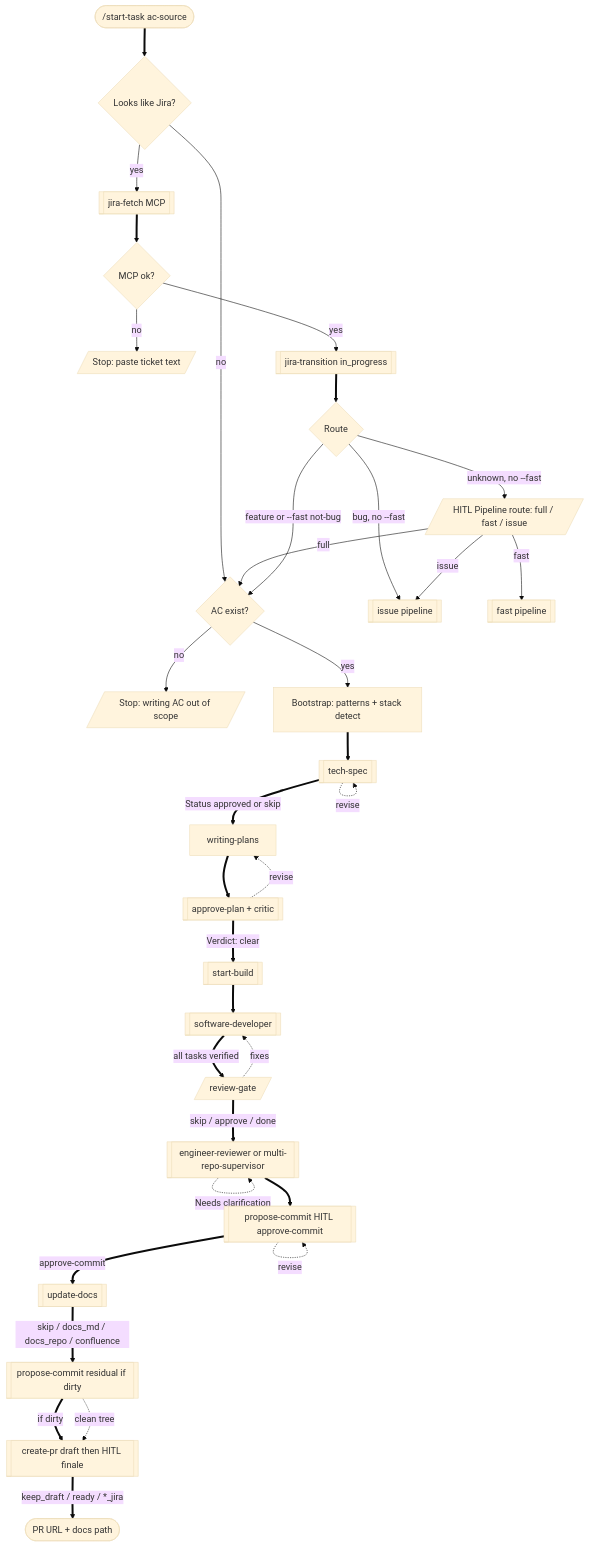
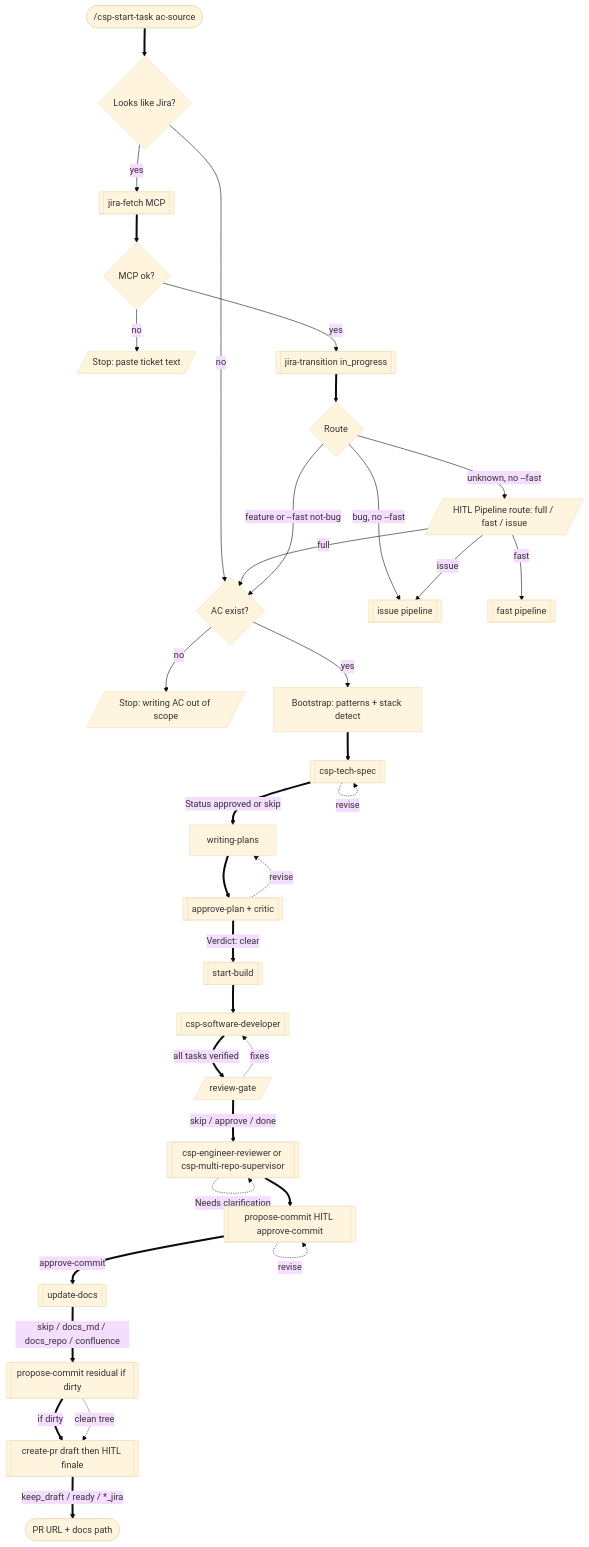
The second of 14 diagrams in docs/superpowers/pipeline-flow.md (a-trembak/cursor-spells), drawn with Mermaid (base theme) before and after one commit. The commit also changed other lines of this file and 228 other files, not shown here.

````diff
--- a/docs/superpowers/pipeline-flow.md
+++ b/docs/superpowers/pipeline-flow.md
@@ -120,60 +120,60 @@
 ```mermaid
 flowchart TD
-  startNode(["/start-task ac-source"])
+  startNode(["/csp-start-task ac-source"])
   looksJira{Looks like Jira?}
   fetch[["jira-fetch MCP"]]
   fetchFail{MCP ok?}
   stopPaste[/"Stop: paste ticket text"/]
   inProgress[["jira-transition in_progress"]]
   route{"Route"}
   hitlRoute[/"HITL Pipeline route: full / fast / issue"/]
   noAc{AC exist?}
   stopNoAc[/"Stop: writing AC out of scope"/]
   bootstrap["Bootstrap: patterns + stack detect"]
-  techSpec[["tech-spec"]]
+  techSpec[["csp-tech-spec"]]
   planWrite["writing-plans"]
   approvePlan[["approve-plan + critic"]]
   startBuild[["start-build"]]
-  softwareDev[["software-developer"]]
+  softwareDev[["csp-software-developer"]]
   reviewGate[/"review-gate"/]
-  engReview[["engineer-reviewer or multi-repo-supervisor"]]
+  engReview[["csp-engineer-reviewer or csp-multi-repo-supervisor"]]
   proposeCommit[["propose-commit HITL approve-commit"]]
   updateDocs[["update-docs"]]
   proposeCommit2[["propose-commit residual if dirty"]]
   createPr[["create-pr draft then HITL finale"]]
   doneNode(["PR URL + docs path"])
 
   startNode ==> looksJira
   looksJira -->|"yes"| fetch
   looksJira -->|"no"| noAc
   fetch ==> fetchFail
   fetchFail -->|"no"| stopPaste
   fetchFail -->|"yes"| inProgress
   inProgress ==> route
   route -->|"bug, no --fast"| issuePipe[["issue pipeline"]]
   route -->|"unknown, no --fast"| hitlRoute
   hitlRoute -->|"full"| noAc
   hitlRoute -->|"fast"| fastPipe[["fast pipeline"]]
   hitlRoute -->|"issue"| issuePipe
   route -->|"feature or --fast not-bug"| noAc
   noAc -->|"no"| stopNoAc
   noAc -->|"yes"| bootstrap
   bootstrap ==> techSpec
   techSpec ==>|"Status approved or skip"| planWrite
   techSpec -.->|"revise"| techSpec
   planWrite ==> approvePlan
   approvePlan -.->|"revise"| planWrite
   approvePlan ==>|"Verdict: clear"| startBuild
   startBuild ==> softwareDev
   softwareDev ==>|"all tasks verified"| reviewGate
   reviewGate -.->|"fixes"| softwareDev
   reviewGate ==>|"skip / approve / done"| engReview
   engReview -.->|"Needs clarification"| engReview
   engReview ==> proposeCommit
   proposeCommit ==>|"approve-commit"| updateDocs
   proposeCommit -.->|"revise"| proposeCommit
   updateDocs ==>|"skip / docs_md / docs_repo / confluence"| proposeCommit2
   proposeCommit2 ==>|"if dirty"| createPr
   proposeCommit2 -.->|"clean tree"| createPr
   createPr ==>|"keep_draft / ready / *_jira"| doneNode
 ```
````
